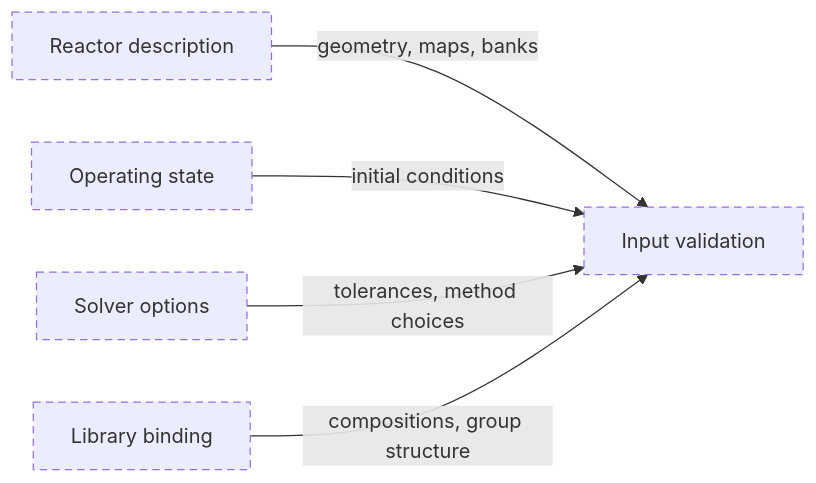
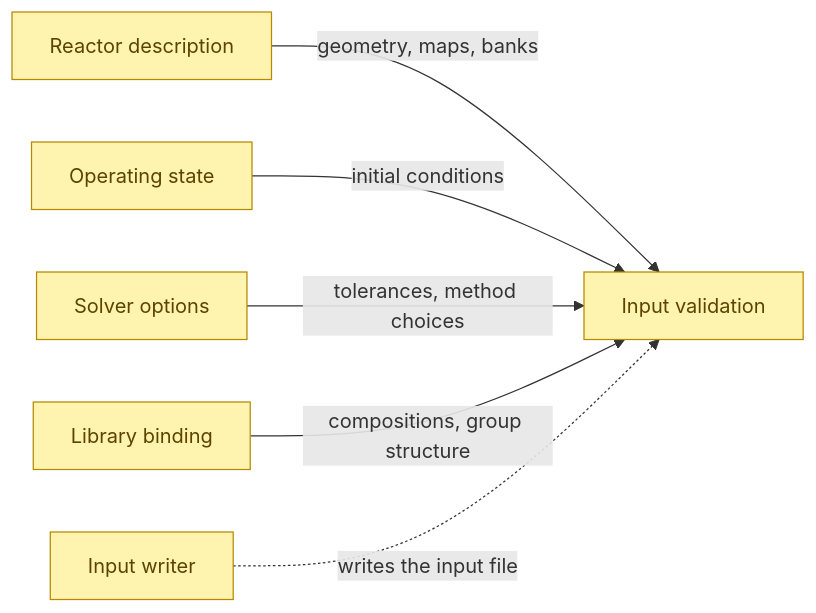
Before and after one commit to aurja130/URUS: the second of 15 diagrams in Planning/DBC/CONCEPTS.md, drawn with Mermaid. The commit also changed other lines of this file and 6 other files, not shown here.

````diff
--- a/Planning/DBC/CONCEPTS.md
+++ b/Planning/DBC/CONCEPTS.md
@@ -58,12 +59,13 @@
 ```mermaid
 flowchart LR
 classDef implemented fill:#c8e6c9,stroke:#2e7d32,color:#1b5e20
 classDef partial fill:#fff3b0,stroke:#b58900,color:#5c4400
 classDef planned stroke-dasharray:6 4
 classDef external fill:#eeeeee,stroke:#9e9e9e,stroke-dasharray:1 3,color:#616161
 ReactorDescription["Reactor description"] -->|geometry, maps, banks| InputValidation["Input validation"]
 OperatingState["Operating state"] -->|initial conditions| InputValidation
 SolverOptions["Solver options"] -->|tolerances, method choices| InputValidation
 LibraryBinding["Library binding"] -->|compositions, group structure| InputValidation
-class ReactorDescription,OperatingState,SolverOptions,LibraryBinding,InputValidation planned
+InputWriter["Input writer"] -.->|writes the input file| InputValidation
+class ReactorDescription,OperatingState,SolverOptions,LibraryBinding,InputValidation,InputWriter partial
 ```
````
